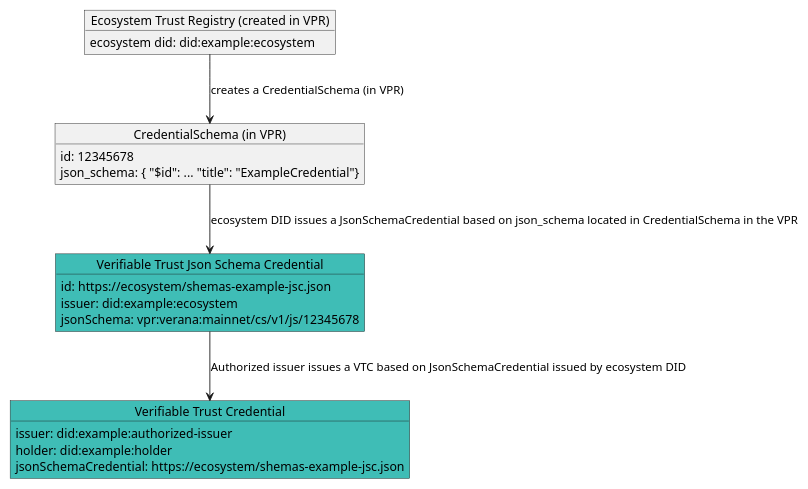
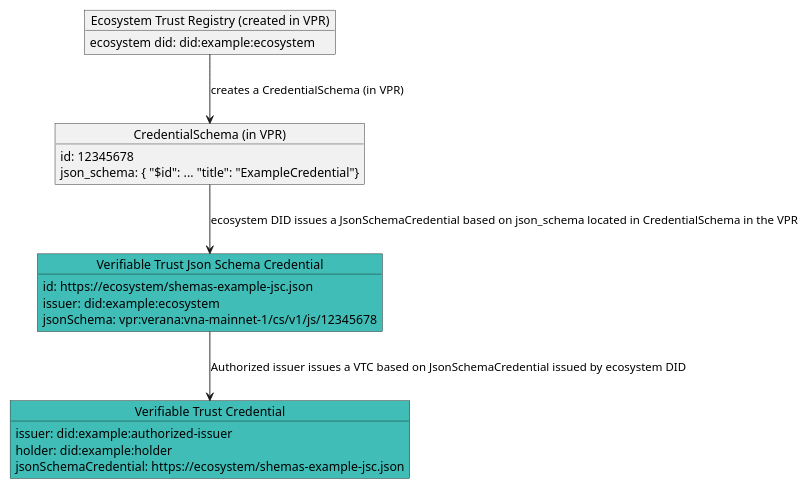
The fourth of 4 diagrams in spec.md (verana-labs/verifiable-trust-spec), drawn with PlantUML before and after one commit. The commit also changed other lines of this file and 25 other files, not shown here.

````diff
--- a/spec.md
+++ b/spec.md
@@ -444,30 +444,30 @@
 ```plantuml
 
 @startuml
 scale max 800 width
 object "Ecosystem Trust Registry (created in VPR)" as es {
   ecosystem did: did:example:ecosystem
 }
 object "CredentialSchema (in VPR)" as cs {
   id: 12345678
   json_schema: { "$id": ... "title": "ExampleCredential"}
 }
 object "Verifiable Trust Json Schema Credential" as jsc #3fbdb6 {
   id: https://ecosystem/shemas-example-jsc.json
   issuer: did:example:ecosystem
-  jsonSchema: vpr:verana:mainnet/cs/v1/js/12345678
+  jsonSchema: vpr:verana:vna-mainnet-1/cs/v1/js/12345678
 }
 
 object "Verifiable Trust Credential" as vscred #3fbdb6 {
   issuer: did:example:authorized-issuer
   holder: did:example:holder
   jsonSchemaCredential: https://ecosystem/shemas-example-jsc.json
 }
 
  jsc --> vscred: Authorized issuer issues a VTC based on JsonSchemaCredential issued by ecosystem DID
 cs --> jsc : ecosystem DID issues a JsonSchemaCredential based on json_schema located in CredentialSchema in the VPR
 es --> cs : creates a CredentialSchema (in VPR)
 
 @enduml
 
 ```
````
